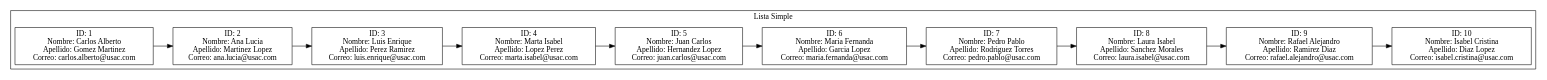
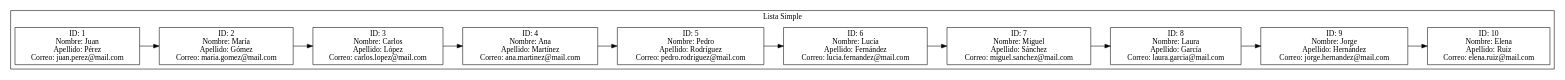
Before and after one commit to Farot30/-EDD-1S2025_202307820: the diagram in Fase#1/Graficas/Usuarios.dot, drawn with Graphviz. The commit also changed 26 other files, not shown here.

```diff
--- a/Fase#1/Graficas/Usuarios.dot
+++ b/Fase#1/Graficas/Usuarios.dot
@@ -1,26 +1,26 @@
 digraph G {
 rankdir=LR;
 node [shape=box];
 subgraph cluster_ListaSimple {
 label = "Lista Simple";
-node0 [label="ID: 1\nNombre: Carlos Alberto\nApellido: Gomez Martinez\nCorreo: carlos.alberto@usac.com"];
+node0 [label="ID: 1\nNombre: Juan\nApellido: Pérez\nCorreo: juan.perez@mail.com"];
 node0 -> node1;
-node1 [label="ID: 2\nNombre: Ana Lucia\nApellido: Martinez Lopez\nCorreo: ana.lucia@usac.com"];
+node1 [label="ID: 2\nNombre: María\nApellido: Gómez\nCorreo: maria.gomez@mail.com"];
 node1 -> node2;
-node2 [label="ID: 3\nNombre: Luis Enrique\nApellido: Perez Ramirez\nCorreo: luis.enrique@usac.com"];
+node2 [label="ID: 3\nNombre: Carlos\nApellido: López\nCorreo: carlos.lopez@mail.com"];
 node2 -> node3;
-node3 [label="ID: 4\nNombre: Marta Isabel\nApellido: Lopez Perez\nCorreo: marta.isabel@usac.com"];
+node3 [label="ID: 4\nNombre: Ana\nApellido: Martínez\nCorreo: ana.martinez@mail.com"];
 node3 -> node4;
-node4 [label="ID: 5\nNombre: Juan Carlos\nApellido: Hernandez Lopez\nCorreo: juan.carlos@usac.com"];
+node4 [label="ID: 5\nNombre: Pedro\nApellido: Rodríguez\nCorreo: pedro.rodriguez@mail.com"];
 node4 -> node5;
-node5 [label="ID: 6\nNombre: Maria Fernanda\nApellido: Garcia Lopez\nCorreo: maria.fernanda@usac.com"];
+node5 [label="ID: 6\nNombre: Lucía\nApellido: Fernández\nCorreo: lucia.fernandez@mail.com"];
 node5 -> node6;
-node6 [label="ID: 7\nNombre: Pedro Pablo\nApellido: Rodriguez Torres\nCorreo: pedro.pablo@usac.com"];
+node6 [label="ID: 7\nNombre: Miguel\nApellido: Sánchez\nCorreo: miguel.sanchez@mail.com"];
 node6 -> node7;
-node7 [label="ID: 8\nNombre: Laura Isabel\nApellido: Sanchez Morales\nCorreo: laura.isabel@usac.com"];
+node7 [label="ID: 8\nNombre: Laura\nApellido: García\nCorreo: laura.garcia@mail.com"];
 node7 -> node8;
-node8 [label="ID: 9\nNombre: Rafael Alejandro\nApellido: Ramirez Diaz\nCorreo: rafael.alejandro@usac.com"];
+node8 [label="ID: 9\nNombre: Jorge\nApellido: Hernández\nCorreo: jorge.hernandez@mail.com"];
 node8 -> node9;
-node9 [label="ID: 10\nNombre: Isabel Cristina\nApellido: Diaz Lopez\nCorreo: isabel.cristina@usac.com"];
+node9 [label="ID: 10\nNombre: Elena\nApellido: Ruiz\nCorreo: elena.ruiz@mail.com"];
 }
 }
```
